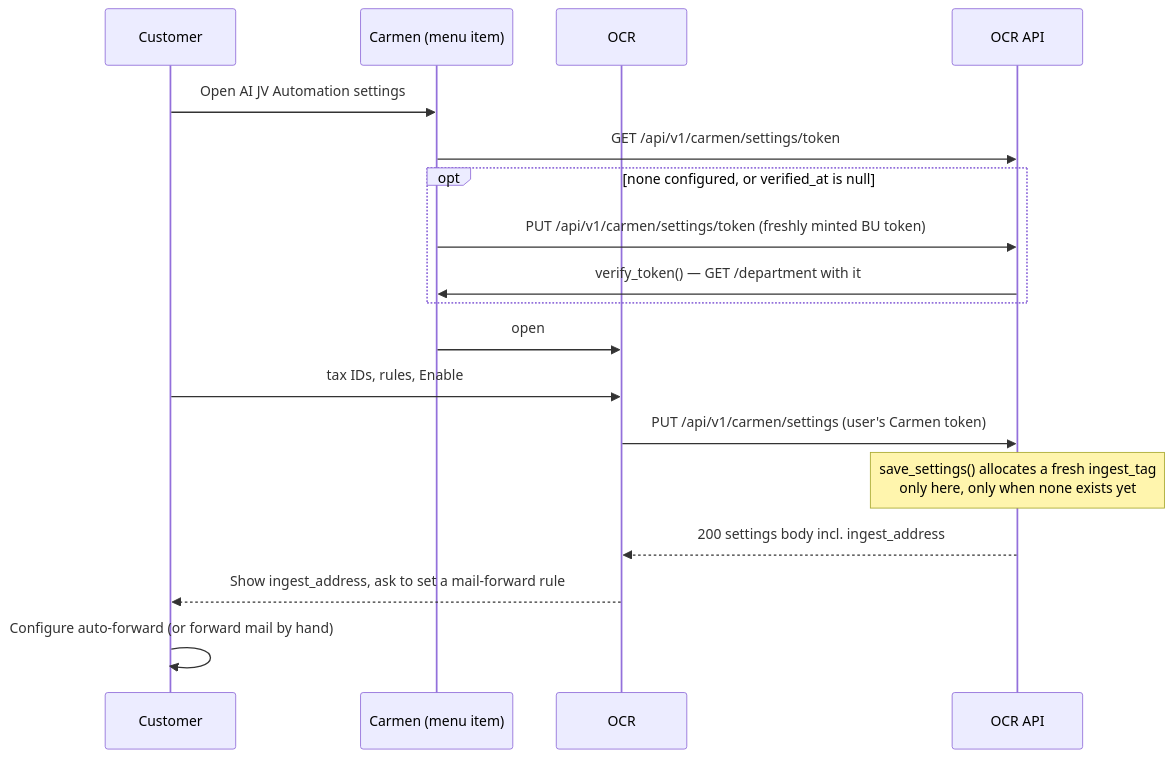
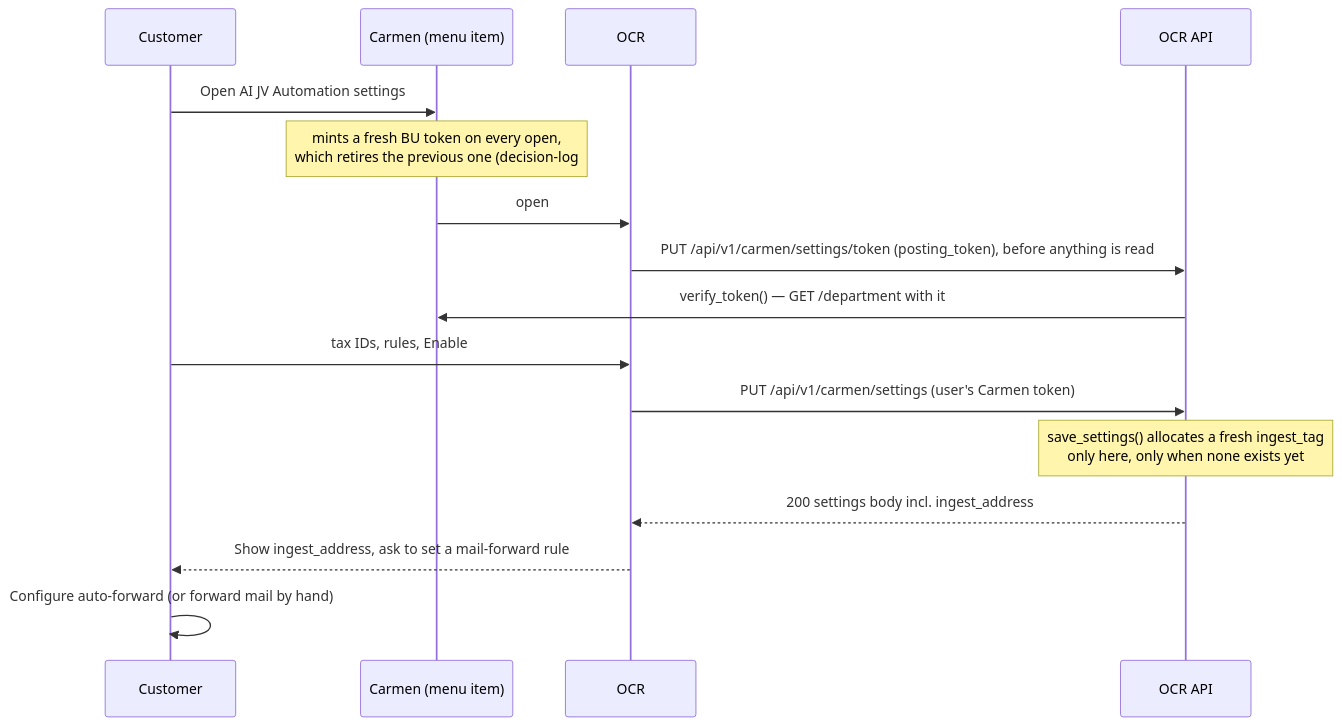
The second of 8 diagrams in docs/email-automation/02-architecture.md (developer-carmensoftware/OCR), drawn with Mermaid before and after one commit. The commit also changed other lines of this file and 16 other files, not shown here.

First line of the commit message:
feat(email-settings): Carmen's menu passes the BU posting token in the link

````diff
--- a/docs/email-automation/02-architecture.md
+++ b/docs/email-automation/02-architecture.md
@@ -40,21 +40,19 @@
 ```mermaid
 sequenceDiagram
     participant User as Customer
     participant Carmen as Carmen (menu item)
     participant Page as OCR #/CreditCardOCR/email-settings
     participant API as OCR API
 
     User->>Carmen: Open AI JV Automation settings
-    Carmen->>API: GET /api/v1/carmen/settings/token
-    opt none configured, or verified_at is null
-        Carmen->>API: PUT /api/v1/carmen/settings/token (freshly minted BU token)
-        API->>Carmen: verify_token() — GET /department with it
-    end
-    Carmen->>Page: open #/CreditCardOCR/email-settings?token=&bu=&uri= (same SSO link as the queue)
+    Note over Carmen: mints a fresh BU token on every open,<br/>which retires the previous one (decision-log #35)
+    Carmen->>Page: open #/CreditCardOCR/email-settings?token=&posting_token=&bu=&uri= (same SSO link as the queue)
+    Page->>API: PUT /api/v1/carmen/settings/token (posting_token), before anything is read
+    API->>Carmen: verify_token() — GET /department with it
     User->>Page: tax IDs, rules, Enable
     Page->>API: PUT /api/v1/carmen/settings (user's Carmen token)
     Note over API: save_settings() allocates a fresh ingest_tag<br/>only here, only when none exists yet
     API-->>Page: 200 settings body incl. ingest_address
     Page-->>User: Show ingest_address, ask to set a mail-forward rule
     User->>User: Configure auto-forward (or forward mail by hand)
 ```
````
